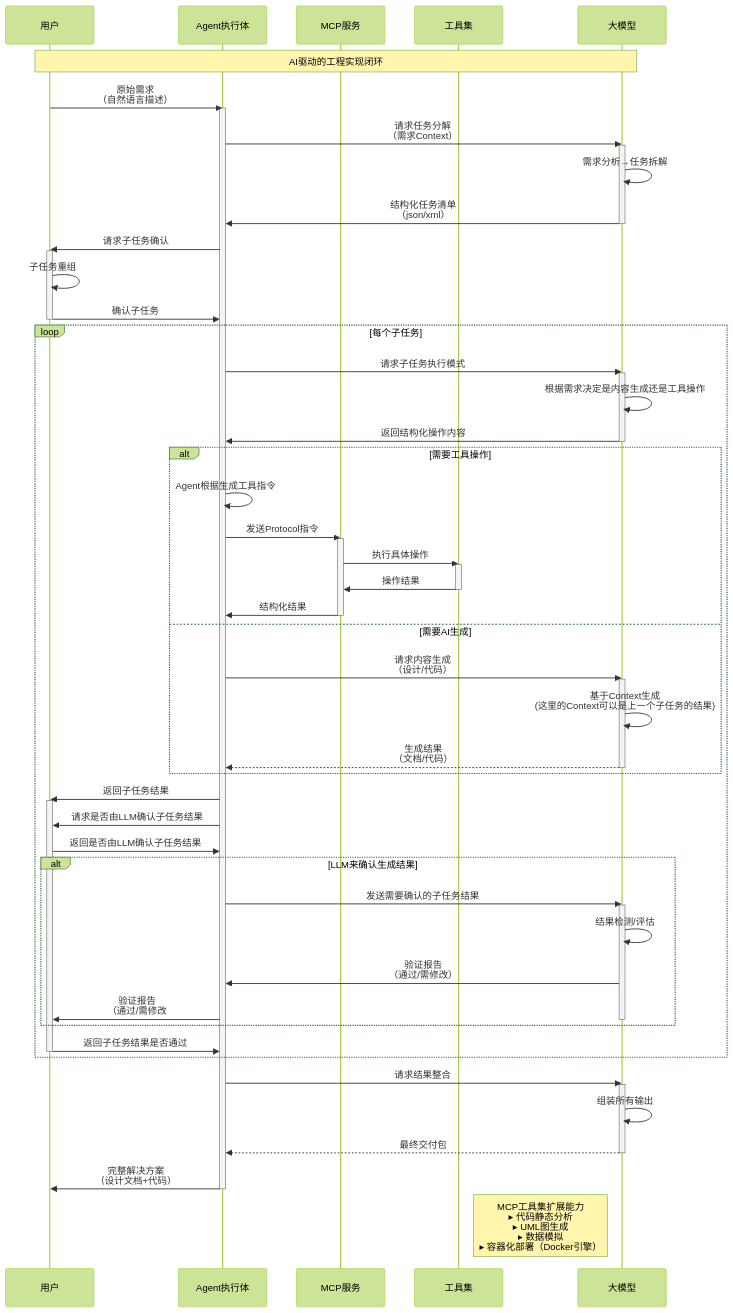
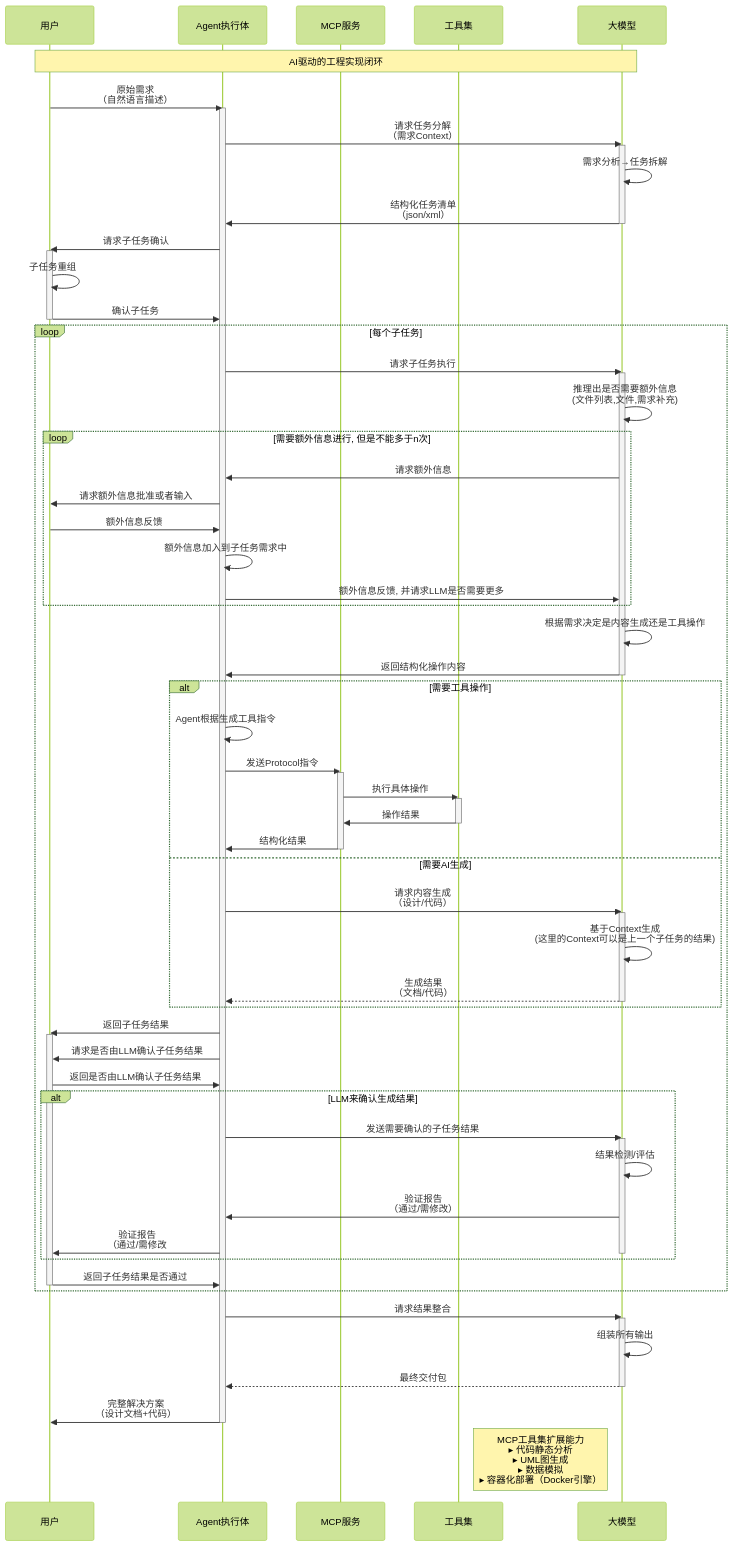
The diagram in requirement.md (wangchengyu/AI-Agent-Flow), drawn with Mermaid (forest theme) before and after one commit. The commit also changed other lines of this file, not shown here.

Commit message:
fix requirement

```diff
--- a/requirement.md
+++ b/requirement.md
@@ -63,8 +75,17 @@
 
     %% 任务执行循环
     loop 每个子任务
-        Agent->>LLM: 请求子任务执行模式
+        Agent->>LLM: 请求子任务执行
         activate LLM
+        LLM->>LLM: 推理出是否需要额外信息<br>(文件列表,文件,需求补充)
+        loop 需要额外信息进行, 但是不能多于n次
+            LLM->>Agent: 请求额外信息
+            Agent->>User: 请求额外信息批准或者输入
+            User->>Agent: 额外信息反馈
+            Agent->>Agent: 额外信息加入到子任务需求中
+            Agent->>LLM: 额外信息反馈, 并请求LLM是否需要更多
+        end
+        
         LLM->>LLM: 根据需求决定是内容生成还是工具操作
         LLM->>Agent: 返回结构化操作内容
         deactivate LLM
@@ -81,7 +102,6 @@
             deactivate Tools
             MCPService->>Agent: 结构化结果
             deactivate MCPService
-
         else 需要AI生成
             %% 大模型生成内容
             Agent->>LLM: 请求内容生成<br>（设计/代码）
```
